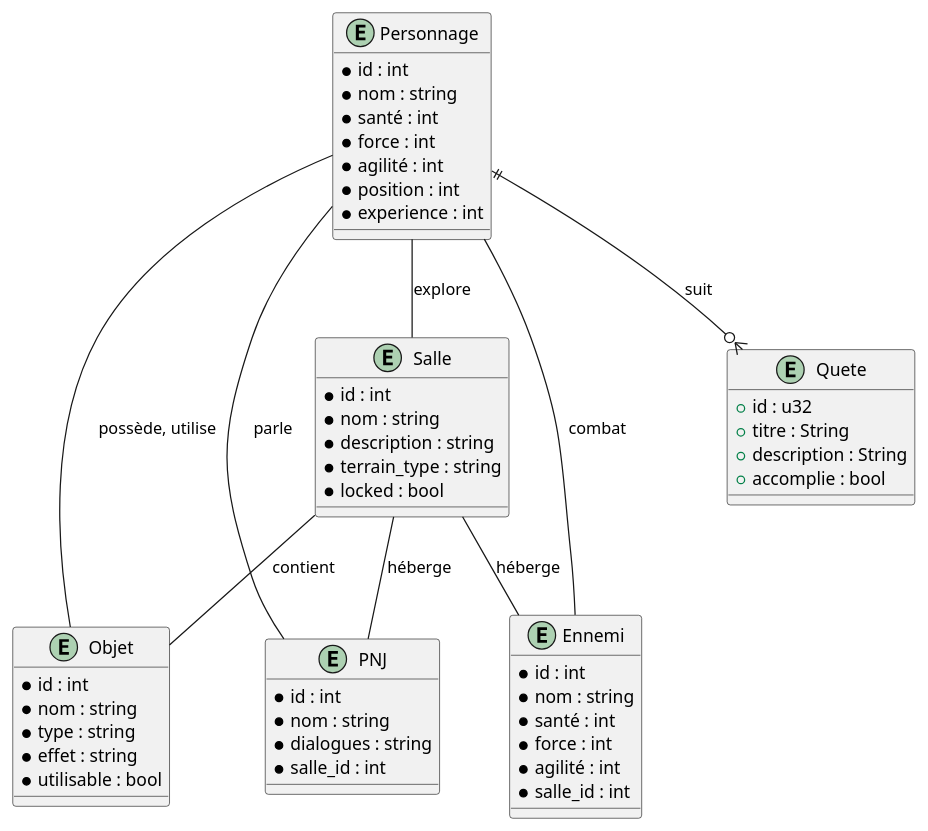
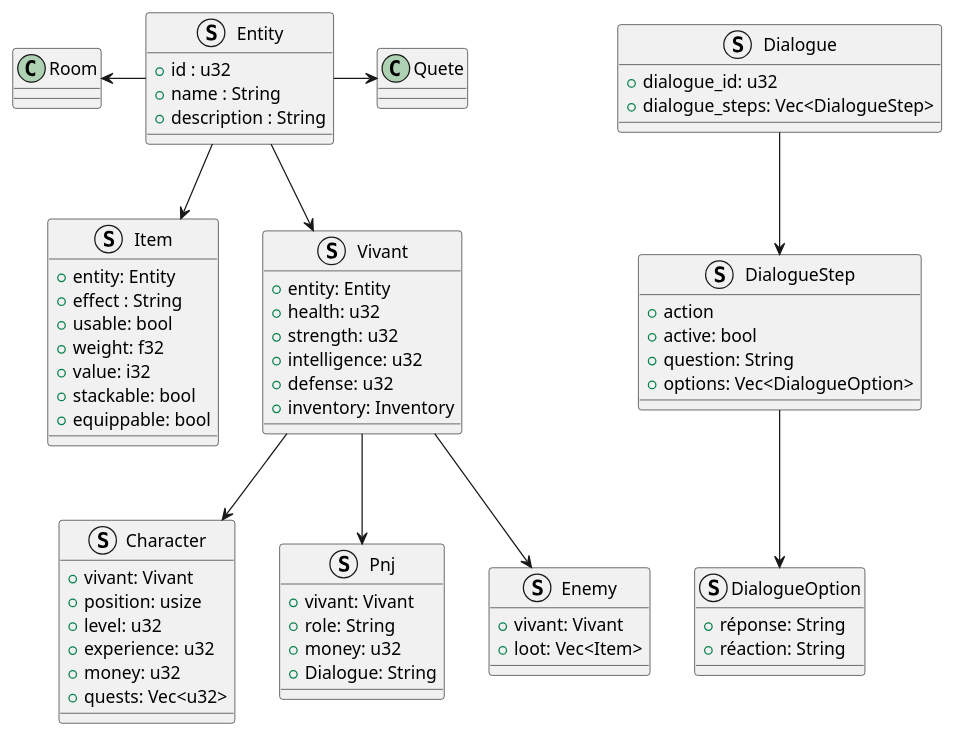
The diagram in diagrame.puml (olfabre/ProjetRustS2), drawn with PlantUML before and after one commit. The commit also changed 12 other files, not shown here.

```diff
--- a/diagrame.puml
+++ b/diagrame.puml
@@ -1,63 +1,78 @@
 @startuml
 
-entity "Personnage" as Pers {
-  * id : int
-  * nom : string
-  * santé : int
-  * force : int
-  * agilité : int
-  * position : int
-  * experience : int
+struct Entity {
+  +id : u32
+  +name : String
+  +description : String
 }
 
-entity "Salle" as Room {
-  * id : int
-  * nom : string
-  * description : string
-  * terrain_type : string
-  * locked : bool
+struct Item {
+  +entity: Entity
+  +effect : String
+  +usable: bool
+  +weight: f32
+  +value: i32
+  +stackable: bool
+  +equippable: bool
 }
 
-entity "Objet" as Obj {
-  * id : int
-  * nom : string
-  * type : string
-  * effet : string
-  * utilisable : bool
+struct Vivant {
+
+  +entity: Entity
+  +health: u32
+  +strength: u32
+  +intelligence: u32
+  +defense: u32
+  +inventory: Inventory
 }
 
-entity "Ennemi" as En {
-  * id : int
-  * nom : string
-  * santé : int
-  * force : int
-  * agilité : int
-  * salle_id : int
+struct Character {
+  +vivant: Vivant
+  +position: usize
+  +level: u32
+  +experience: u32
+  +money: u32
+  +quests: Vec<u32>
 }
 
-entity "PNJ" as Pnj {
-  * id : int
-  * nom : string
-  * dialogues : string
-  * salle_id : int
-}
-entity Quete {
-  +id : u32
-  +titre : String
-  +description : String
-  +accomplie : bool
+struct Pnj {
+  +vivant: Vivant
+  +role: String
+  +money: u32
+  +Dialogue: String
 }
 
+struct Enemy {
+  +vivant: Vivant
+  +loot: Vec<Item>
+}
 
+Entity -d-> Item
+Entity -d-> Vivant
+Vivant --> Pnj
+Vivant --> Enemy
+Vivant --> Character
+Entity -L> Room
+Entity -R> Quete
 
-' Associations
-Pers -- Room : explore
-Pers -- Obj : possède, utilise
-Pers -- En : combat
-Pers -- Pnj : parle
-Pers ||--o{ Quete : suit
-Room -- Obj : contient
-Room -- En : héberge
-Room -- Pnj : héberge
+struct Dialogue {
+  +dialogue_id: u32
+  +dialogue_steps: Vec<DialogueStep>
+}
+
+struct DialogueStep {
+  +action
+  +active: bool
+  +question: String
+  +options: Vec<DialogueOption>
+}
+
+struct DialogueOption {
+  +réponse: String
+  +réaction: String
+}
+
+Dialogue -d-> DialogueStep
+DialogueStep -d-> DialogueOption
 
 @enduml
```
